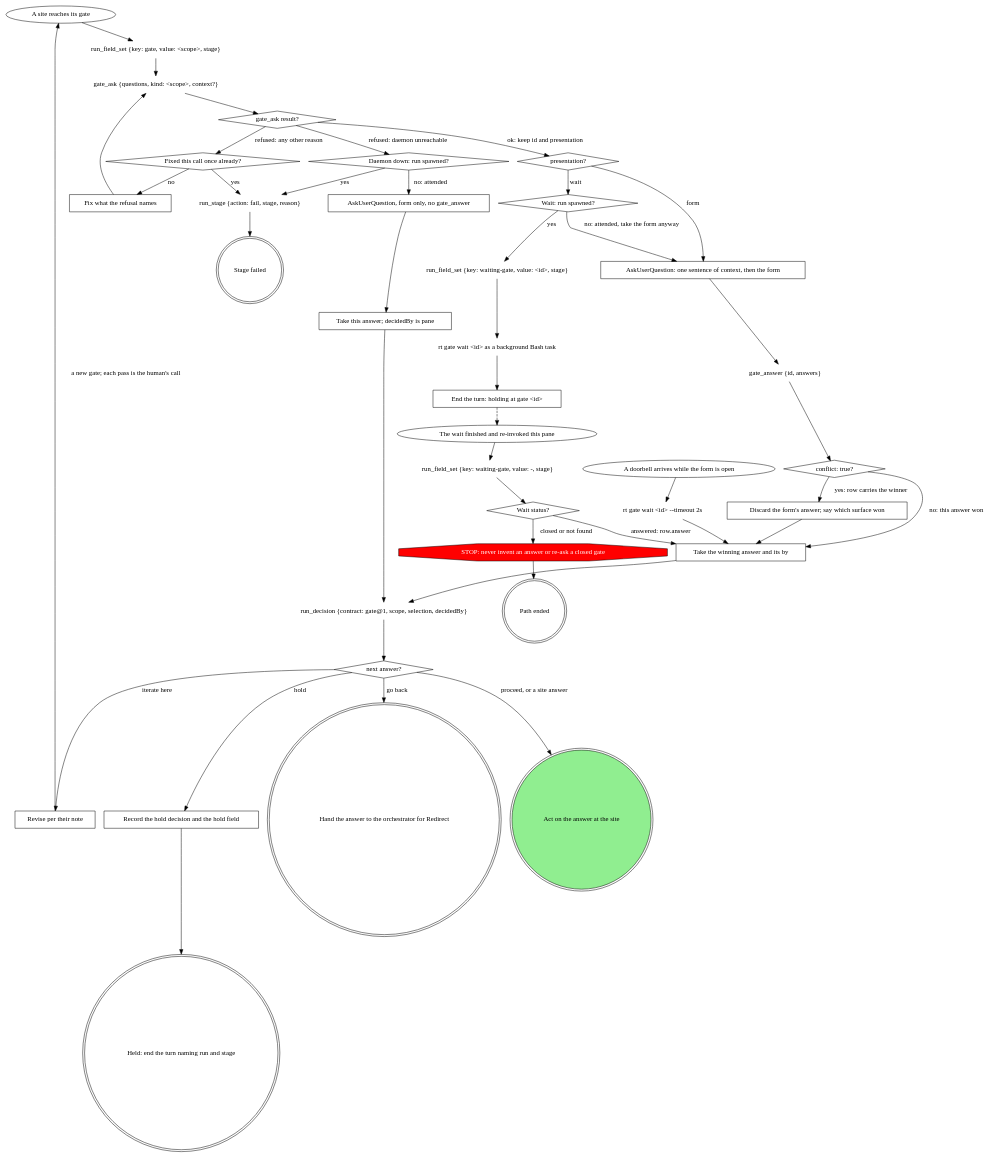
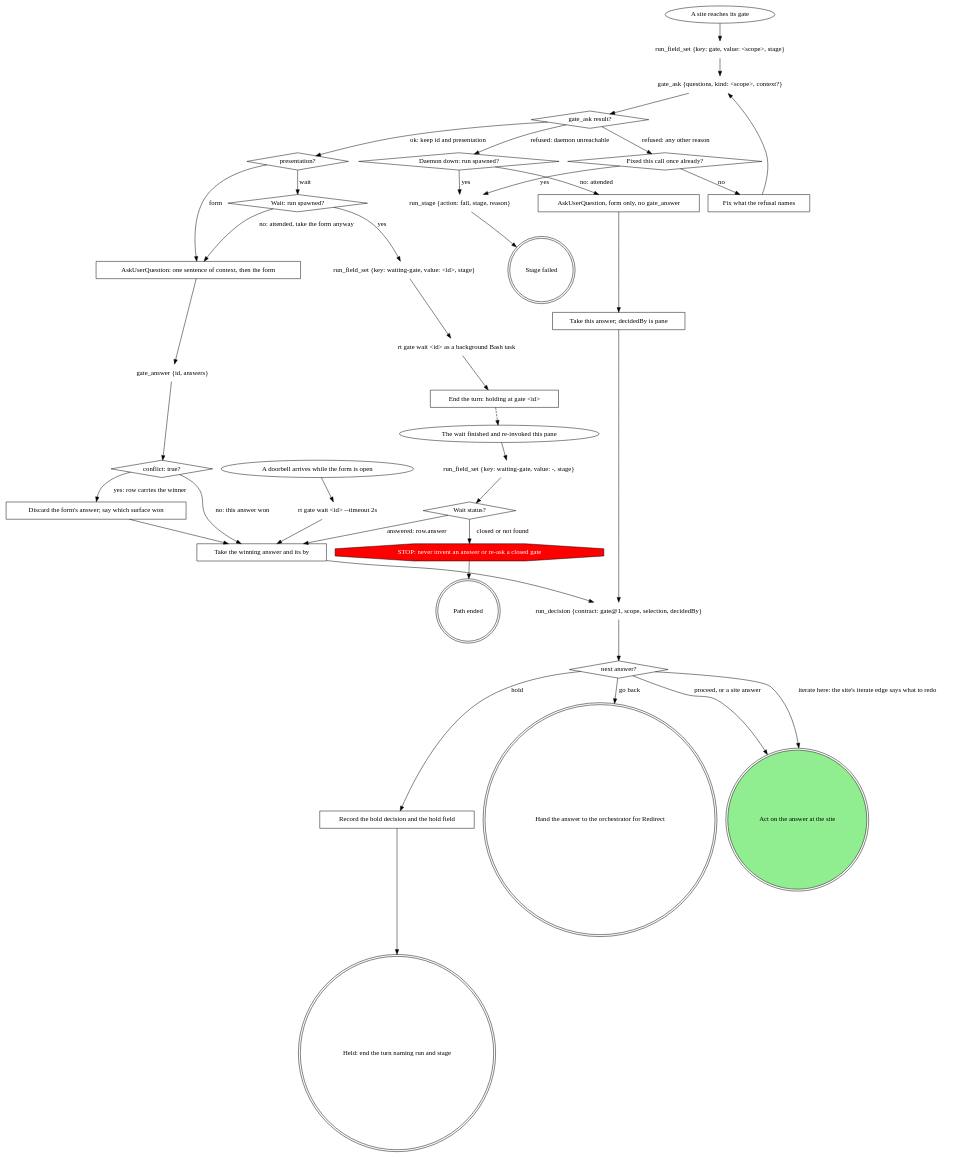
Before and after one commit to m4ttstack/skills: the diagram in attachments/work-next-gate/SKILL.md, drawn with Graphviz. The commit also changed other lines of this file and 1 other file, not shown here.

Commit message:
work-next: gate iterate returns to the site; orchestrator covers clarify, own gates and a stage-written abandon

```diff
--- a/attachments/work-next-gate/SKILL.md
+++ b/attachments/work-next-gate/SKILL.md
@@ -40,7 +40,6 @@
     "Take the winning answer and its by" [shape=box];
     "run_decision {contract: gate@1, scope, selection, decidedBy}" [shape=plaintext];
     "next answer?" [shape=diamond];
-    "Revise per their note" [shape=box];
     "Record the hold decision and the hold field" [shape=box];
     "run_stage {action: fail, stage, reason}" [shape=plaintext];
     "STOP: never invent an answer or re-ask a closed gate" [shape=octagon style=filled fillcolor=red fontcolor=white];
@@ -85,10 +84,9 @@
     "Take the winning answer and its by" -> "run_decision {contract: gate@1, scope, selection, decidedBy}";
     "run_decision {contract: gate@1, scope, selection, decidedBy}" -> "next answer?";
     "next answer?" -> "Act on the answer at the site" [label="proceed, or a site answer"];
-    "next answer?" -> "Revise per their note" [label="iterate here"];
+    "next answer?" -> "Act on the answer at the site" [label="iterate here: the site's iterate edge says what to redo"];
     "next answer?" -> "Hand the answer to the orchestrator for Redirect" [label="go back"];
     "next answer?" -> "Record the hold decision and the hold field" [label="hold"];
-    "Revise per their note" -> "A site reaches its gate" [label="a new gate; each pass is the human's call"];
     "Record the hold decision and the hold field" -> "Held: end the turn naming run and stage";
     "run_stage {action: fail, stage, reason}" -> "Stage failed";
 }
```
